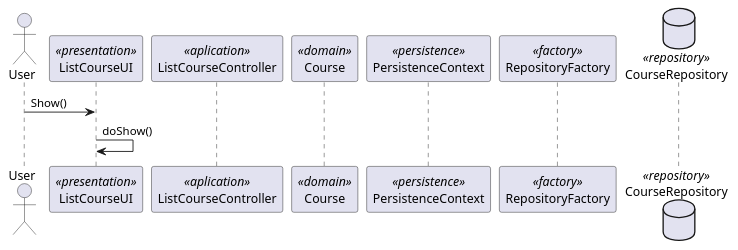
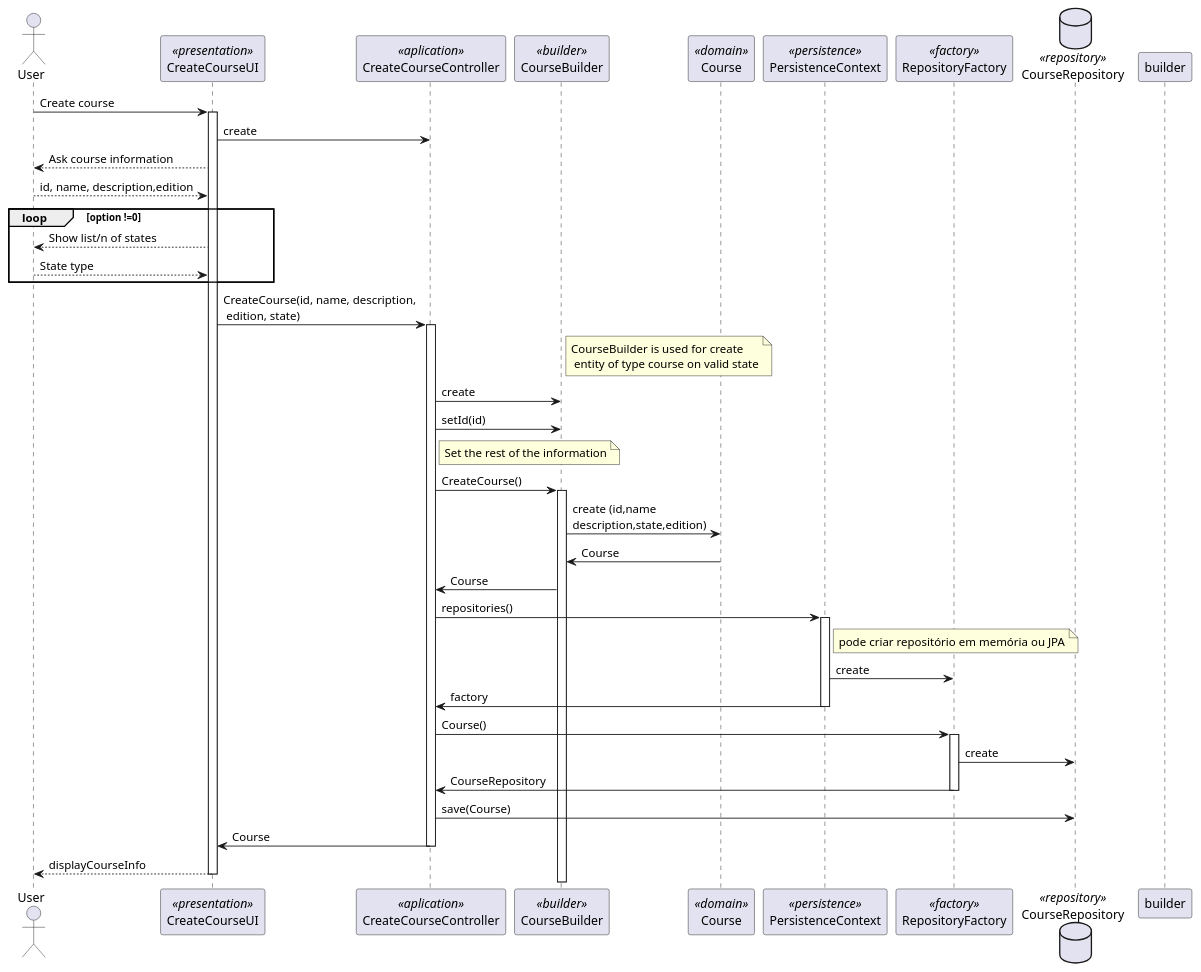
Before and after one commit to mascenso/isep-sem4-lapr4: the diagram in docs/SPRINT B/US_1002- Create a Course/sequence-diagram-1002.puml, drawn with PlantUML. The commit also changed 1 other file, not shown here.

Commit message:
[SPRINTB][US1002]Created rational diagram

```diff
--- a/docs/SPRINT B/US_1002- Create a Course/sequence-diagram-1002.puml
+++ b/docs/SPRINT B/US_1002- Create a Course/sequence-diagram-1002.puml
@@ -1,15 +1,55 @@
 @startuml
 actor User as Actor
-participant ListCourseUI as UI <<presentation>>
-participant ListCourseController as Controller <<aplication>>
+participant CreateCourseUI as UI <<presentation>>
+participant CreateCourseController as Controller <<aplication>>
+participant CourseBuilder as Builder <<builder>>
 participant Course as Domain <<domain>>
 participant PersistenceContext as Persistence <<persistence>>
 participant RepositoryFactory as Factory <<factory>>
 database CourseRepository as Repository <<repository>>
 
-Actor -> UI: Show()
-UI -> UI:doShow()
+Actor -> UI: Create course
+activate UI
+    UI -> Controller: create
+    UI --> Actor: Ask course information
+    Actor --> UI: id, name, description,edition
 
+    loop option !=0
+        UI --> Actor: Show list/n of states
+        Actor --> UI: State type
+    end
 
+    UI -> Controller: CreateCourse(id, name, description,\n edition, state)
+    activate Controller
+        note right of Builder:CourseBuilder is used for create \n entity of type course on valid state
+        Controller -> Builder: create
+        Controller -> Builder: setId(id)
 
+        note right of Controller: Set the rest of the information
+        Controller -> Builder: CreateCourse()
+        activate Builder
+            Builder -> Domain: create (id,name\ndescription,state,edition)
+            Domain -> Builder: Course
+            Builder -> Controller: Course
+        deactivate builder
+
+        Controller -> Persistence: repositories()
+        activate Persistence
+            note right of Persistence: pode criar repositório em memória ou JPA
+            Persistence -> Factory: create
+            Persistence -> Controller: factory
+        deactivate Persistence
+
+        Controller -> Factory: Course()
+        activate Factory
+            Factory -> Repository: create
+            Factory -> Controller: CourseRepository
+        deactivate Factory
+
+        Controller->Repository:save(Course)
+        Controller->UI: Course
+    deactivate Controller
+
+    UI-->Actor: displayCourseInfo
+deactivate UI
 @enduml
```
